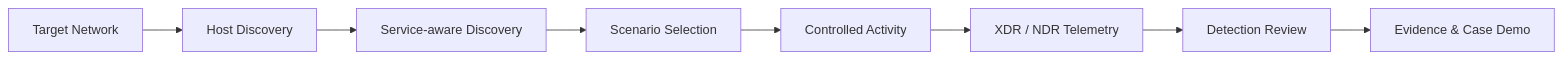
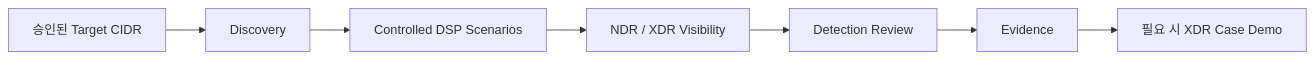
Before and after one commit to xdr-labs/detection-scenario-platform-docs: the diagram in ko/poc-program.mdx, drawn with Mermaid. The commit also changed other lines of this file and 7 other files, not shown here.

````diff
--- a/ko/poc-program.mdx
+++ b/ko/poc-program.mdx
@@ -31,10 +14,9 @@
 ```mermaid
 flowchart LR
-    A[Target Network] --> B[Host Discovery]
-    B --> C[Service-aware Discovery]
-    C --> D[Scenario Selection]
-    D --> E[Controlled Activity]
-    E --> F[XDR / NDR Telemetry]
-    F --> G[Detection Review]
-    G --> H[Evidence & Case Demo]
+    A[승인된 Target CIDR] --> B[Discovery]
+    B --> C[Controlled DSP Scenarios]
+    C --> D[NDR / XDR Visibility]
+    D --> E[Detection Review]
+    E --> F[Evidence]
+    F --> G[필요 시 XDR Case Demo]
 ```
````
